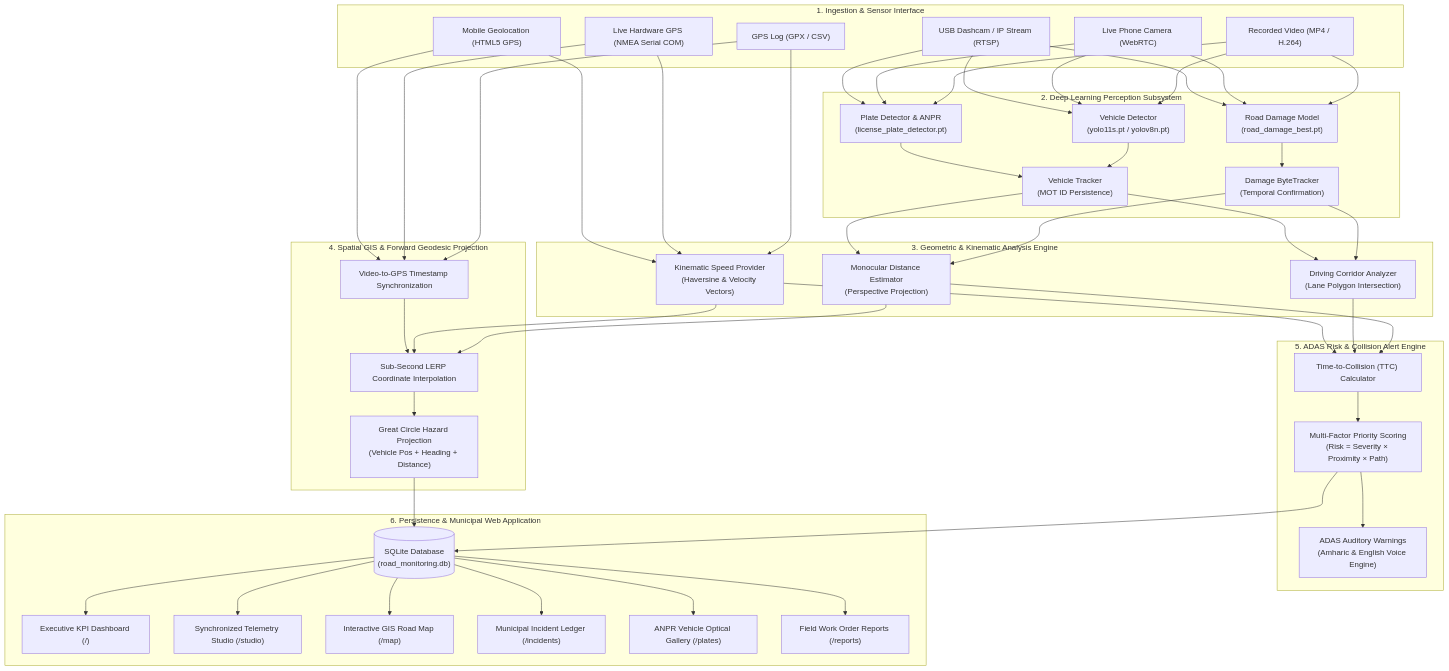
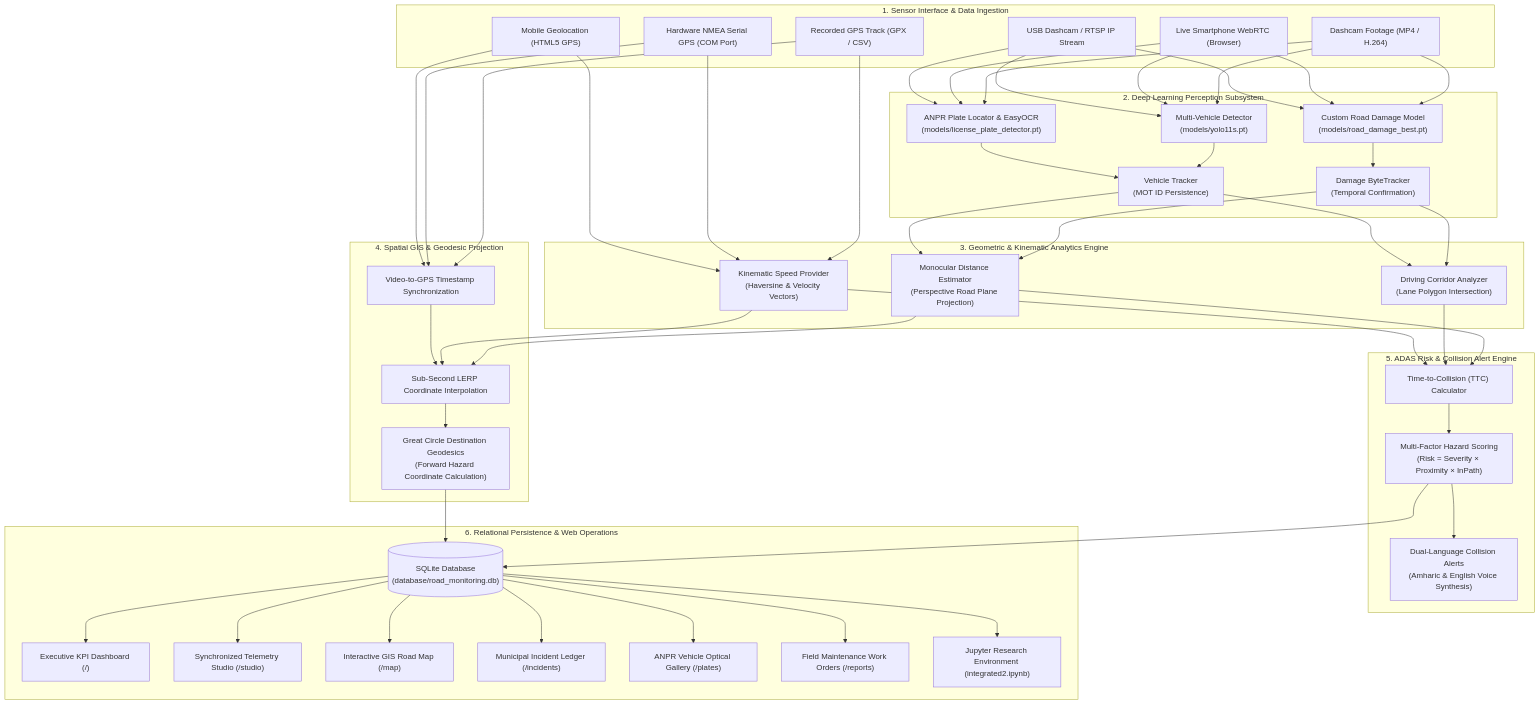
Before and after one commit to haile6/intelligent-road-monitoring-system: the diagram in README.md, drawn with Mermaid. The commit also changed other lines of this file and 1457 other files, not shown here.

Commit message:
feat(dataset): integrate Debre Berhan CVAT road damage benchmark, research notebook, and formalize documentation

````diff
--- a/README.md
+++ b/README.md
@@ -49,58 +72,59 @@
 ```mermaid
 flowchart TD
-    subgraph Tier1["1. Ingestion & Sensor Interface"]
-        V1["Recorded Video (MP4 / H.264)"]
-        V2["Live Phone Camera (WebRTC)"]
-        V3["USB Dashcam / IP Stream (RTSP)"]
-        G1["GPS Log (GPX / CSV)"]
-        G2["Live Hardware GPS (NMEA Serial COM)"]
+    subgraph Tier1["1. Sensor Interface & Data Ingestion"]
+        V1["Dashcam Footage (MP4 / H.264)"]
+        V2["Live Smartphone WebRTC (Browser)"]
+        V3["USB Dashcam / RTSP IP Stream"]
+        G1["Recorded GPS Track (GPX / CSV)"]
+        G2["Hardware NMEA Serial GPS (COM Port)"]
         G3["Mobile Geolocation (HTML5 GPS)"]
     end
 
     subgraph Tier2["2. Deep Learning Perception Subsystem"]
-        D1["Road Damage Model\n(road_damage_best.pt)"]
-        D2["Vehicle Detector\n(yolo11s.pt / yolov8n.pt)"]
-        D3["Plate Detector & ANPR\n(license_plate_detector.pt)"]
+        D1["Custom Road Damage Model\n(models/road_damage_best.pt)"]
+        D2["Multi-Vehicle Detector\n(models/yolo11s.pt)"]
+        D3["ANPR Plate Locator & EasyOCR\n(models/license_plate_detector.pt)"]
         T1["Damage ByteTracker\n(Temporal Confirmation)"]
         T2["Vehicle Tracker\n(MOT ID Persistence)"]
     end
 
-    subgraph Tier3["3. Geometric & Kinematic Analysis Engine"]
-        E1["Monocular Distance Estimator\n(Perspective Projection)"]
+    subgraph Tier3["3. Geometric & Kinematic Analytics Engine"]
+        E1["Monocular Distance Estimator\n(Perspective Road Plane Projection)"]
         E2["Driving Corridor Analyzer\n(Lane Polygon Intersection)"]
         E3["Kinematic Speed Provider\n(Haversine & Velocity Vectors)"]
     end
 
-    subgraph Tier4["4. Spatial GIS & Forward Geodesic Projection"]
+    subgraph Tier4["4. Spatial GIS & Geodesic Projection"]
         S1["Video-to-GPS Timestamp Synchronization"]
         S2["Sub-Second LERP Coordinate Interpolation"]
-        S3["Great Circle Hazard Projection\n(Vehicle Pos + Heading + Distance)"]
+        S3["Great Circle Destination Geodesics\n(Forward Hazard Coordinate Calculation)"]
     end
 
     subgraph Tier5["5. ADAS Risk & Collision Alert Engine"]
         R1["Time-to-Collision (TTC) Calculator"]
-        R2["Multi-Factor Priority Scoring\n(Risk = Severity × Proximity × Path)"]
-        R3["ADAS Auditory Warnings\n(Amharic & English Voice Engine)"]
+        R2["Multi-Factor Hazard Scoring\n(Risk = Severity × Proximity × InPath)"]
+        R3["Dual-Language Collision Alerts\n(Amharic & English Voice Synthesis)"]
     end
 
-    subgraph Tier6["6. Persistence & Municipal Web Application"]
-        DB[("SQLite Database\n(road_monitoring.db)")]
+    subgraph Tier6["6. Relational Persistence & Web Operations"]
+        DB[("SQLite Database\n(database/road_monitoring.db)")]
         UI1["Executive KPI Dashboard (/)"]
         UI2["Synchronized Telemetry Studio (/studio)"]
         UI3["Interactive GIS Road Map (/map)"]
         UI4["Municipal Incident Ledger (/incidents)"]
         UI5["ANPR Vehicle Optical Gallery (/plates)"]
-        UI6["Field Work Order Reports (/reports)"]
+        UI6["Field Maintenance Work Orders (/reports)"]
+        UI7["Jupyter Research Environment (integrated2.ipynb)"]
     end
 
     V1 & V2 & V3 --> D1 & D2 & D3
     D1 --> T1
     D2 & D3 --> T2
     T1 & T2 --> E1 & E2
     G1 & G2 & G3 --> E3 & S1
     E1 & E3 & S1 --> S2 --> S3
     E1 & E2 & E3 --> R1 --> R2
     R2 --> R3
     S3 & R2 --> DB
-    DB --> UI1 & UI2 & UI3 & UI4 & UI5 & UI6
+    DB --> UI1 & UI2 & UI3 & UI4 & UI5 & UI6 & UI7
 ```
````
